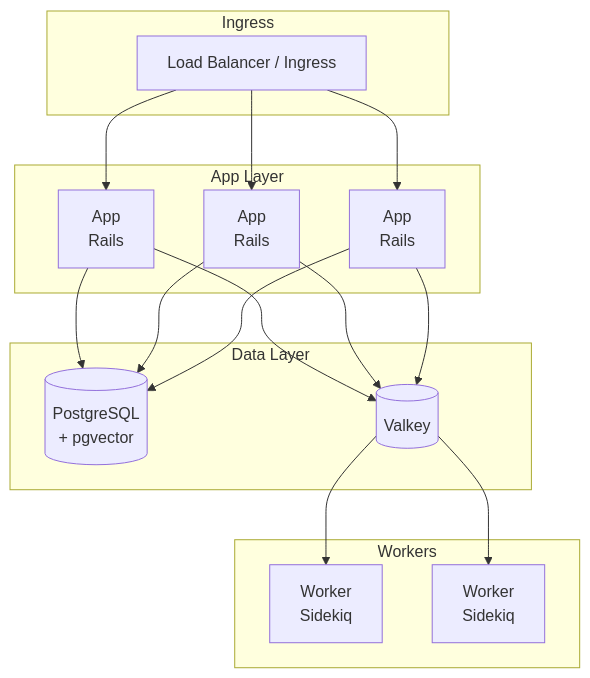
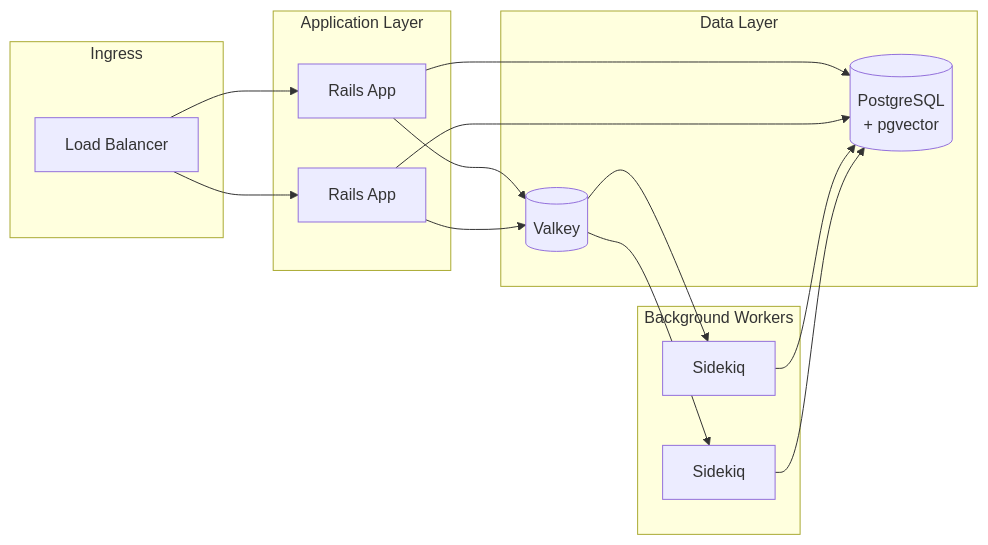
The diagram in README.md (Tight-Line/brimming), drawn with Mermaid before and after one commit. The commit also changed 1 other file, not shown here.

Commit message:
Attempt #2 for the robot to fix the docs :-(

````diff
--- a/README.md
+++ b/README.md
@@ -216,37 +216,30 @@
 ```mermaid
-flowchart TB
+flowchart LR
     subgraph Ingress
-        LB[Load Balancer / Ingress]
+        LB[Load Balancer]
     end
 
-    subgraph App Layer
-        App1[App<br/>Rails]
-        App2[App<br/>Rails]
-        App3[App<br/>Rails]
+    subgraph App[Application Layer]
+        App1[Rails App]
+        App2[Rails App]
     end
 
-    subgraph Data Layer
+    subgraph Data[Data Layer]
         PG[(PostgreSQL<br/>+ pgvector)]
         VK[(Valkey)]
     end
 
-    subgraph Workers
-        W1[Worker<br/>Sidekiq]
-        W2[Worker<br/>Sidekiq]
+    subgraph Workers[Background Workers]
+        W1[Sidekiq]
+        W2[Sidekiq]
     end
 
     LB --> App1
     LB --> App2
-    LB --> App3
 
-    App1 --> PG
-    App2 --> PG
-    App3 --> PG
+    App1 & App2 --> PG
+    App1 & App2 --> VK
 
-    App1 --> VK
-    App2 --> VK
-    App3 --> VK
-
-    VK --> W1
-    VK --> W2
+    VK --> W1 & W2
+    W1 & W2 --> PG
 ```
````
